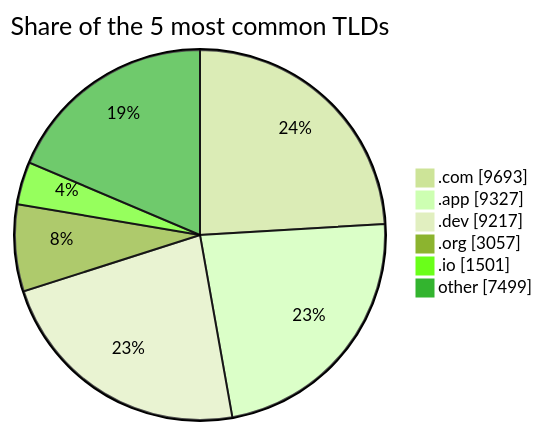
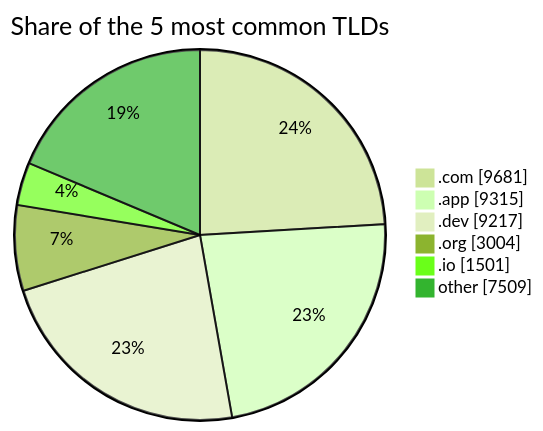
Before and after one commit to DNSBunker/CTI: the second of 2 diagrams in README.md, drawn with Mermaid (forest theme). The commit also changed other lines of this file and 3 other files, not shown here.

````diff
--- a/README.md
+++ b/README.md
@@ -72,9 +72,9 @@
 ```mermaid
 pie showData title Share of the 5 most common TLDs
-    ".com" : 9693
-    ".app" : 9327
+    ".com" : 9681
+    ".app" : 9315
     ".dev" : 9217
-    ".org" : 3057
+    ".org" : 3004
     ".io" : 1501
-    "other" : 7499
+    "other" : 7509
 ```
````
